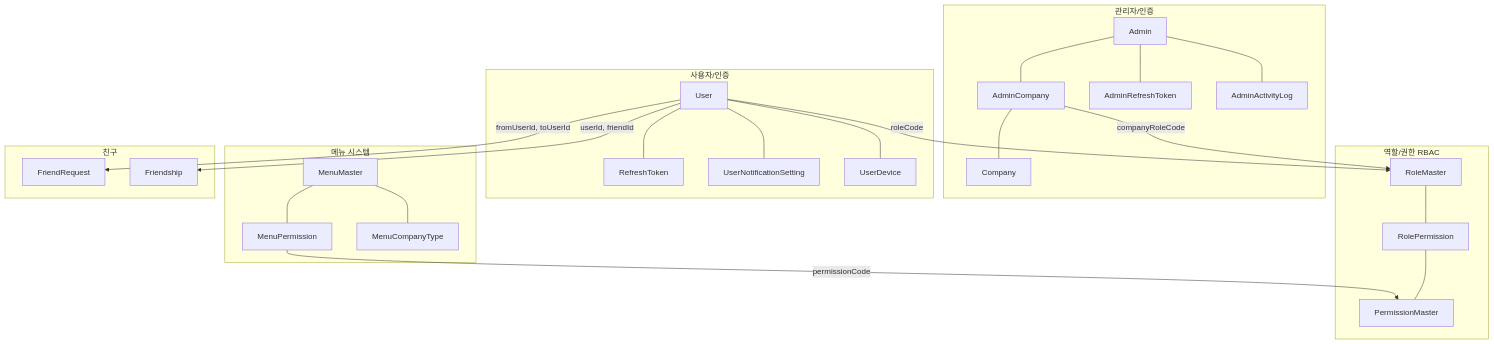
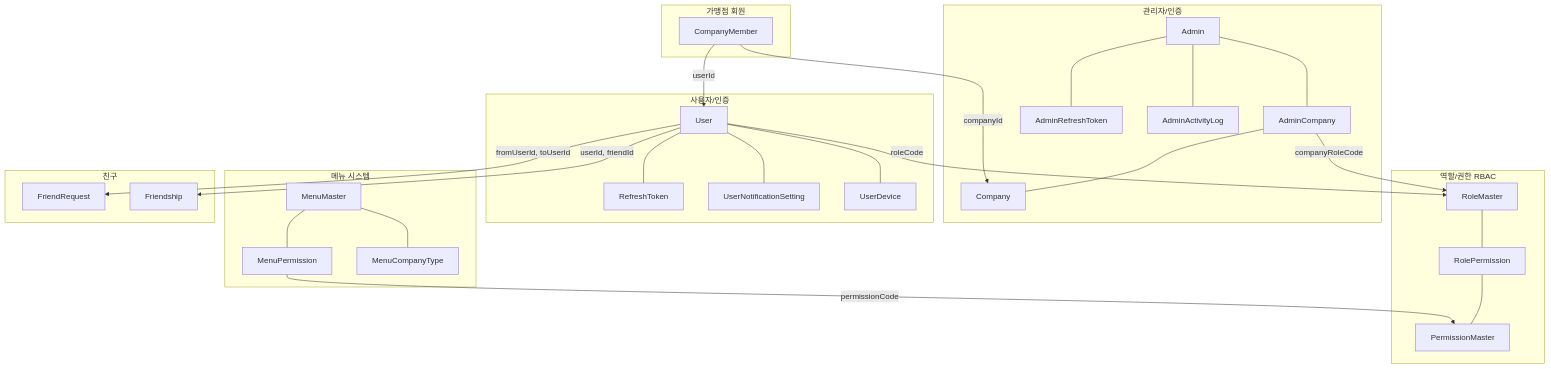
Before and after one commit to uniyous/parkgolf-platform: the second of 25 diagrams in docs/DATABASE_ERD.md, drawn with Mermaid. The commit also changed other lines of this file, not shown here.

````diff
--- a/docs/DATABASE_ERD.md
+++ b/docs/DATABASE_ERD.md
@@ -78,49 +78,55 @@
 ```mermaid
 flowchart TB
     subgraph admin["관리자/인증"]
         A_Admin["Admin"]
         A_Company["Company"]
         A_AdminCompany["AdminCompany"]
         A_AdminRefreshToken["AdminRefreshToken"]
         A_AdminActivityLog["AdminActivityLog"]
         A_Admin --- A_AdminCompany --- A_Company
         A_Admin --- A_AdminRefreshToken
         A_Admin --- A_AdminActivityLog
     end
 
     subgraph user["사용자/인증"]
         U_User["User"]
         U_RefreshToken["RefreshToken"]
         U_NotifSetting["UserNotificationSetting"]
         U_Device["UserDevice"]
         U_User --- U_RefreshToken
         U_User --- U_NotifSetting
         U_User --- U_Device
     end
 
     subgraph rbac["역할/권한 RBAC"]
         R_Role["RoleMaster"]
         R_Permission["PermissionMaster"]
         R_RolePermission["RolePermission"]
         R_Role --- R_RolePermission --- R_Permission
     end
 
     subgraph menu["메뉴 시스템"]
         M_Menu["MenuMaster"]
         M_MenuPerm["MenuPermission"]
         M_MenuCompType["MenuCompanyType"]
         M_Menu --- M_MenuPerm
         M_Menu --- M_MenuCompType
     end
 
     subgraph friend["친구"]
         F_Request["FriendRequest"]
         F_Ship["Friendship"]
     end
 
+    subgraph member["가맹점 회원"]
+        CM_Member["CompanyMember"]
+    end
+
     A_AdminCompany -->|companyRoleCode| R_Role
     U_User -->|roleCode| R_Role
     U_User -->|fromUserId, toUserId| F_Request
     U_User -->|userId, friendId| F_Ship
     M_MenuPerm -->|permissionCode| R_Permission
+    CM_Member -->|companyId| A_Company
+    CM_Member -->|userId| U_User
 ```
````
